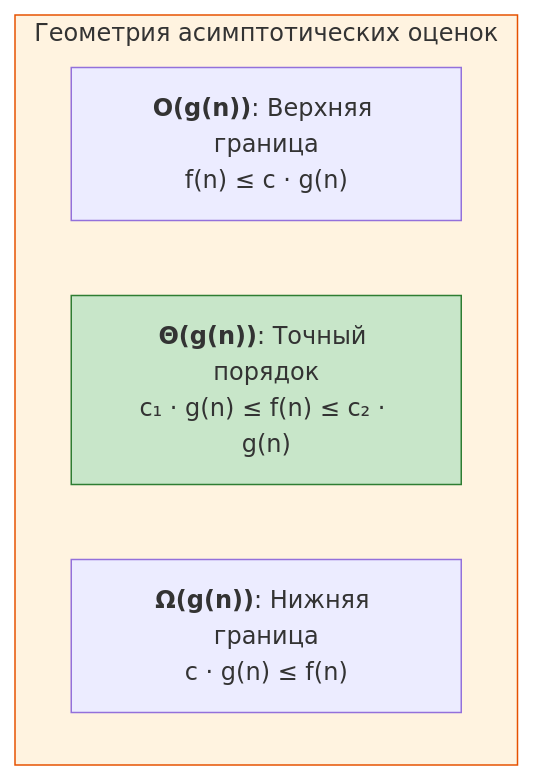
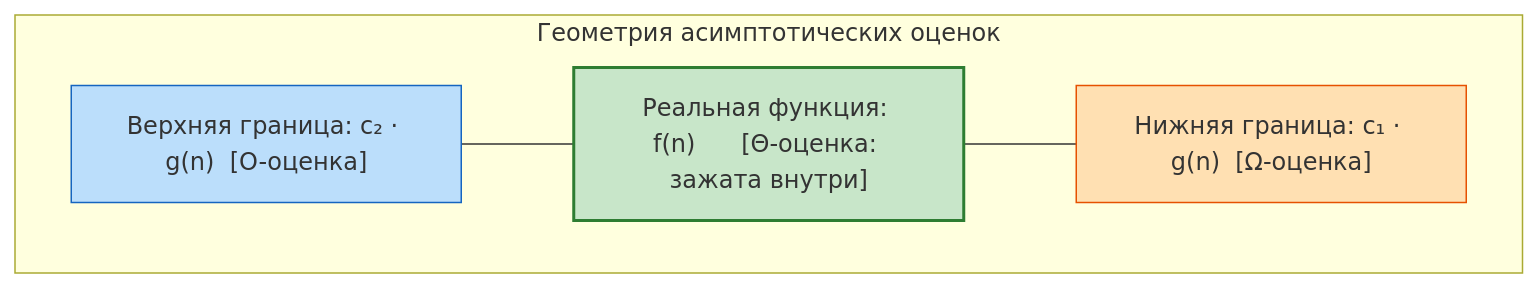
Before and after one commit to Kefirleos/itmo-vault: the third of 3 diagrams in Конспекты/1 семестр/Поток 2/Алгоритмы и структуры данных/01. Лекция - Сложность алгоритмов, O-символика и сортировка вставками (2026-09-12).md, drawn with Mermaid. The commit also changed other lines of this file and 2 other files, not shown here.

````diff
--- a/Конспекты/1 семестр/Поток 2/Алгоритмы и структуры данных/01. Лекция - Сложность алгоритмов, O-символика и сортировка вставками (2026-09-12).md
+++ b/Конспекты/1 семестр/Поток 2/Алгоритмы и структуры данных/01. Лекция - Сложность алгоритмов, O-символика и сортировка вставками (2026-09-12).md
@@ -84,10 +231,12 @@
 ```mermaid
 graph TD
-    subgraph Bounds["Геометрия асимптотических оценок"]
-        O_bound["<b>O(g(n))</b>: Верхняя граница<br>f(n) ≤ c · g(n)"]
-        Theta_bound["<b>Θ(g(n))</b>: Точный порядок<br>c₁ · g(n) ≤ f(n) ≤ c₂ · g(n)"]
-        Omega_bound["<b>Ω(g(n))</b>: Нижняя граница<br>c · g(n) ≤ f(n)"]
+    subgraph AsymptoticCorridor["Геометрия асимптотических оценок"]
+        Top["Верхняя граница: c₂ · g(n)  [O-оценка]"]
+        Mid["Реальная функция: f(n)      [Θ-оценка: зажата внутри]"]
+        Bottom["Нижняя граница: c₁ · g(n)  [Ω-оценка]"]
     end
-    style Bounds fill:#fff3e0,stroke:#e65100
-    style Theta_bound fill:#c8e6c9,stroke:#2e7d32
+    Top --- Mid --- Bottom
+    style Mid fill:#c8e6c9,stroke:#2e7d32,stroke-width:2px
+    style Top fill:#bbdefb,stroke:#1565c0
+    style Bottom fill:#ffe0b2,stroke:#e65100
 ```
````
